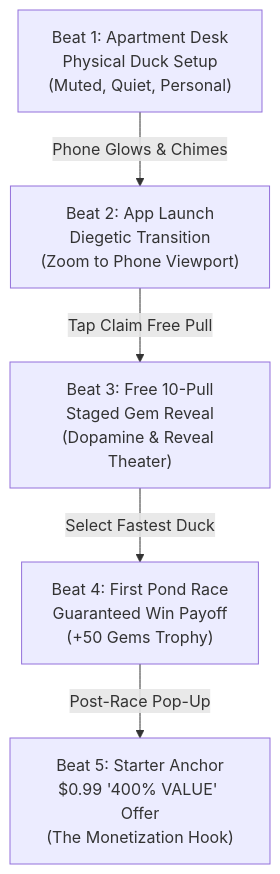
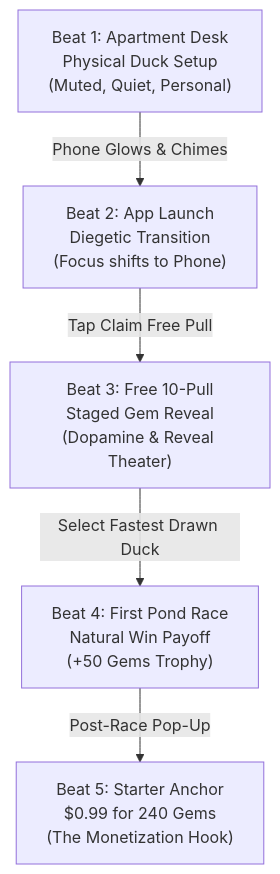
The first of 2 diagrams in reports/development/plan-12-guided-opening-and-shop-progression/proposal.md (mrsmithelhs/Quackpot), drawn with Mermaid before and after one commit. The commit also changed other lines of this file and 1 other file, not shown here.

````diff
--- a/reports/development/plan-12-guided-opening-and-shop-progression/proposal.md
+++ b/reports/development/plan-12-guided-opening-and-shop-progression/proposal.md
@@ -37,7 +59,7 @@
 ```mermaid
 flowchart TD
-    A["Beat 1: Apartment Desk<br/>Physical Duck Setup<br/>(Muted, Quiet, Personal)"] -->|Phone Glows & Chimes| B["Beat 2: App Launch<br/>Diegetic Transition<br/>(Zoom to Phone Viewport)"]
+    A["Beat 1: Apartment Desk<br/>Physical Duck Setup<br/>(Muted, Quiet, Personal)"] -->|Phone Glows & Chimes| B["Beat 2: App Launch<br/>Diegetic Transition<br/>(Focus shifts to Phone)"]
     B -->|Tap Claim Free Pull| C["Beat 3: Free 10-Pull<br/>Staged Gem Reveal<br/>(Dopamine & Reveal Theater)"]
-    C -->|Select Fastest Duck| D["Beat 4: First Pond Race<br/>Guaranteed Win Payoff<br/>(+50 Gems Trophy)"]
-    D -->|Post-Race Pop-Up| E["Beat 5: Starter Anchor<br/>$0.99 '400% VALUE' Offer<br/>(The Monetization Hook)"]
+    C -->|Select Fastest Drawn Duck| D["Beat 4: First Pond Race<br/>Natural Win Payoff<br/>(+50 Gems Trophy)"]
+    D -->|Post-Race Pop-Up| E["Beat 5: Starter Anchor<br/>$0.99 for 240 Gems<br/>(The Monetization Hook)"]
 ```
````
